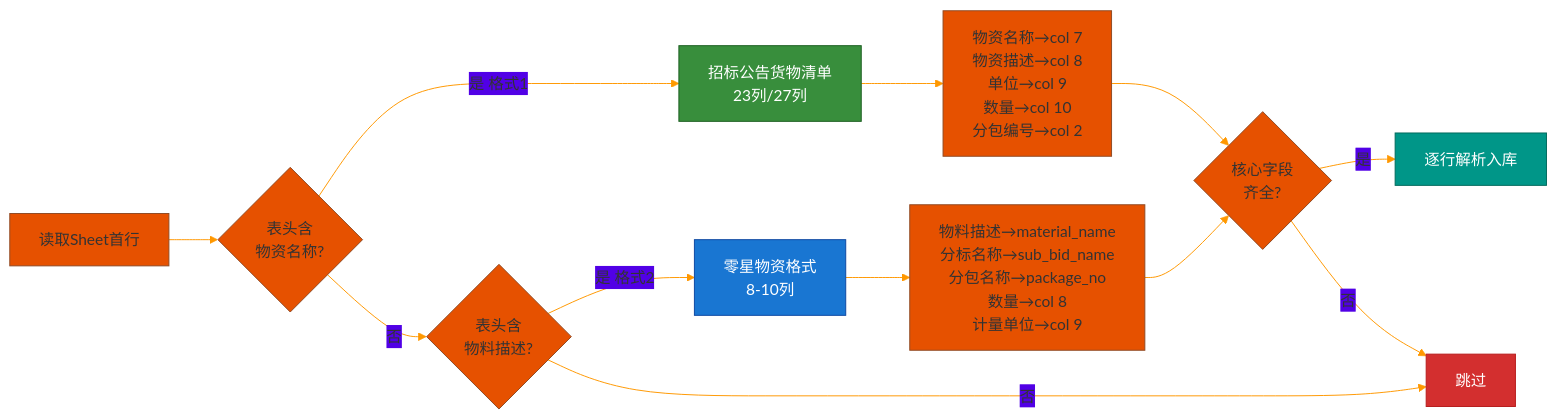
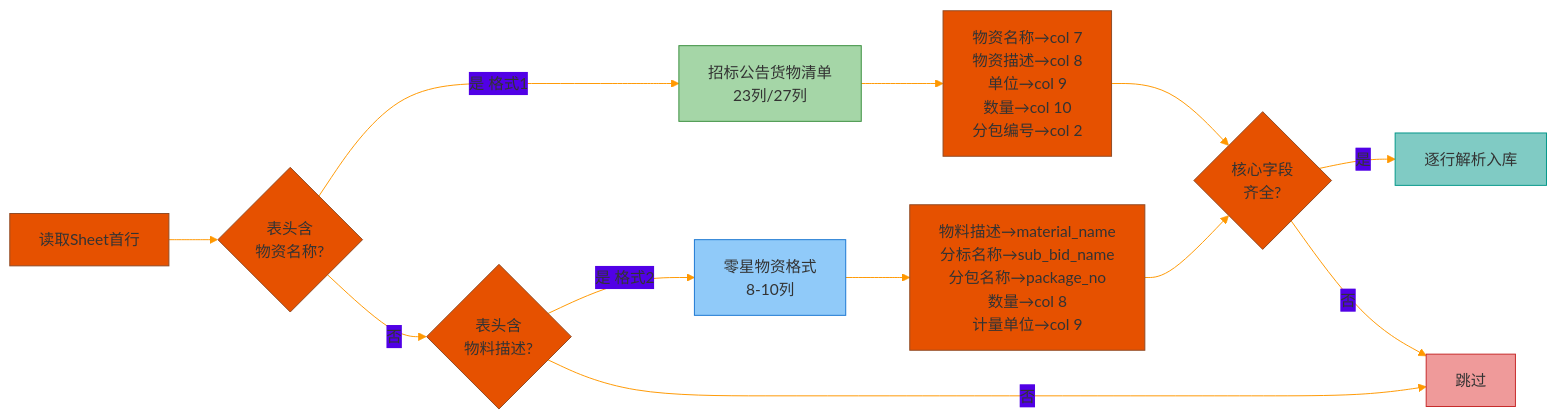
Before and after one commit to lilacseeking/bidding-ecp-data: the third of 6 diagrams in README.md, drawn with Mermaid. The commit also changed other lines of this file, not shown here.

````diff
--- a/README.md
+++ b/README.md
@@ -154,23 +154,23 @@
 ```mermaid
 %%{init: {'theme': 'base', 'themeVariables': { 'primaryColor': '#E65100', 'lineColor': '#FF9800'}}}%%
 graph LR
     A[读取Sheet首行] --> B{表头含<br/>物资名称?}
     B -->|是 格式1| C[招标公告货物清单<br/>23列/27列]
     B -->|否| D{表头含<br/>物料描述?}
     D -->|是 格式2| E[零星物资格式<br/>8-10列]
     D -->|否| F[跳过]
 
     C --> C1[物资名称→col 7<br/>物资描述→col 8<br/>单位→col 9<br/>数量→col 10<br/>分包编号→col 2]
 
     E --> E1[物料描述→material_name<br/>分标名称→sub_bid_name<br/>分包名称→package_no<br/>数量→col 8<br/>计量单位→col 9]
 
     C1 --> G{核心字段<br/>齐全?}
     E1 --> G
     G -->|是| H[逐行解析入库]
     G -->|否| F
 
-    style C fill:#388E3C,color:#fff,stroke:#1B5E20
-    style E fill:#1976D2,color:#fff,stroke:#0D47A1
-    style H fill:#009688,color:#fff,stroke:#00695C
-    style F fill:#D32F2F,color:#fff,stroke:#B71C1C
+    style C fill:#A5D6A7,stroke:#388E3C
+    style E fill:#90CAF9,stroke:#1976D2
+    style H fill:#80CBC4,stroke:#009688
+    style F fill:#EF9A9A,stroke:#C62828
 ```
````
